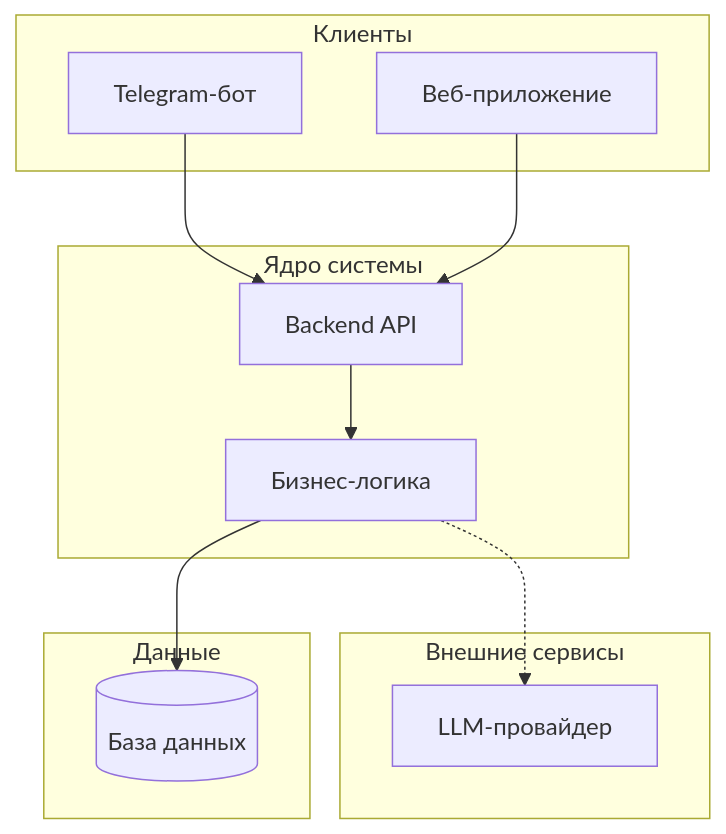
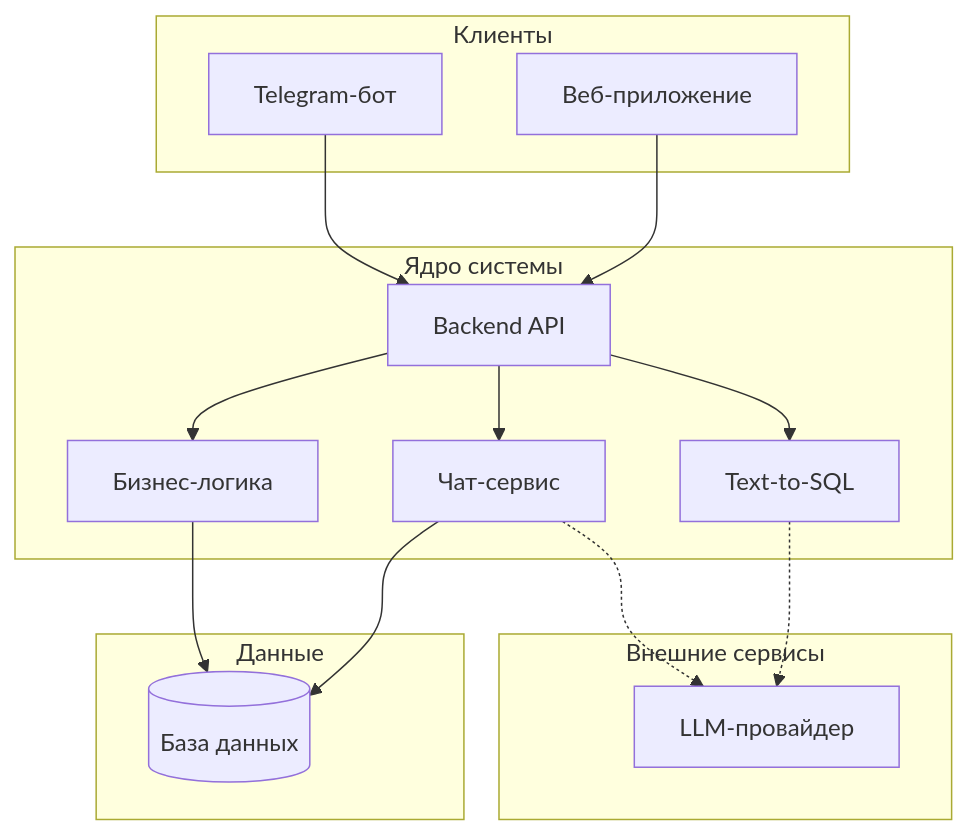
The diagram in docs/vision.md (alfa24/mbt_booking_agent), drawn with Mermaid before and after one commit. The commit also changed other lines of this file and 28 other files, not shown here.

````diff
--- a/docs/vision.md
+++ b/docs/vision.md
@@ -17,26 +17,32 @@
 ```mermaid
 graph TB
     subgraph Клиенты
         TG[Telegram-бот]
         WEB[Веб-приложение]
     end
 
     subgraph Ядро системы
         API[Backend API]
         BL[Бизнес-логика]
+        CHAT[Чат-сервис]
+        T2SQL[Text-to-SQL]
     end
 
     subgraph Внешние сервисы
         LLM[LLM-провайдер]
     end
 
     subgraph Данные
         DB[(База данных)]
     end
 
     TG --> API
     WEB --> API
     API --> BL
+    API --> CHAT
+    API --> T2SQL
     BL --> DB
-    BL -.-> LLM
+    CHAT --> DB
+    CHAT -.-> LLM
+    T2SQL -.-> LLM
 ```
````
